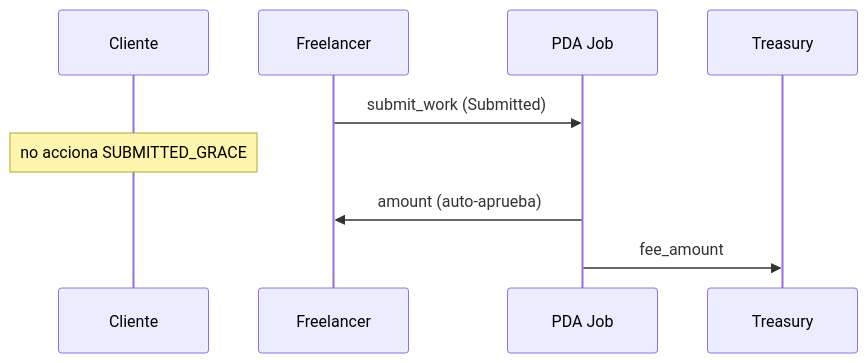
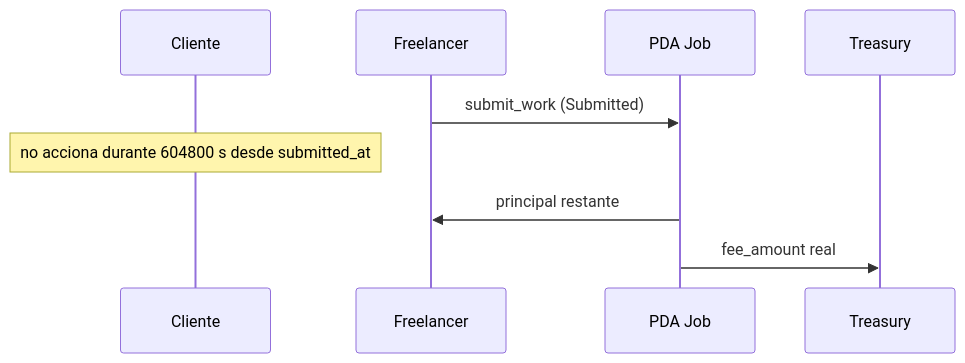
One commit to davidcoachdev/Trust-Work-Escrow changed the diagram in trust-escrow-v3/docs/escenarios/05-auto-aprobacion.md. Above: the diagram before and after it, drawn with Mermaid. The commit also changed other lines of this file and 57 other files, not shown here.

````diff
--- a/trust-escrow-v3/docs/escenarios/05-auto-aprobacion.md
+++ b/trust-escrow-v3/docs/escenarios/05-auto-aprobacion.md
@@ -29,11 +38,11 @@
 ```mermaid
 sequenceDiagram
     participant C as Cliente
     participant F as Freelancer
     participant J as PDA Job
     participant T as Treasury
     F->>J: submit_work (Submitted)
-    Note over C: no acciona SUBMITTED_GRACE
-    J->>F: amount (auto-aprueba)
-    J->>T: fee_amount
+    Note over C: no acciona durante 604800 s desde submitted_at
+    J->>F: principal restante
+    J->>T: fee_amount real
 ```
````
